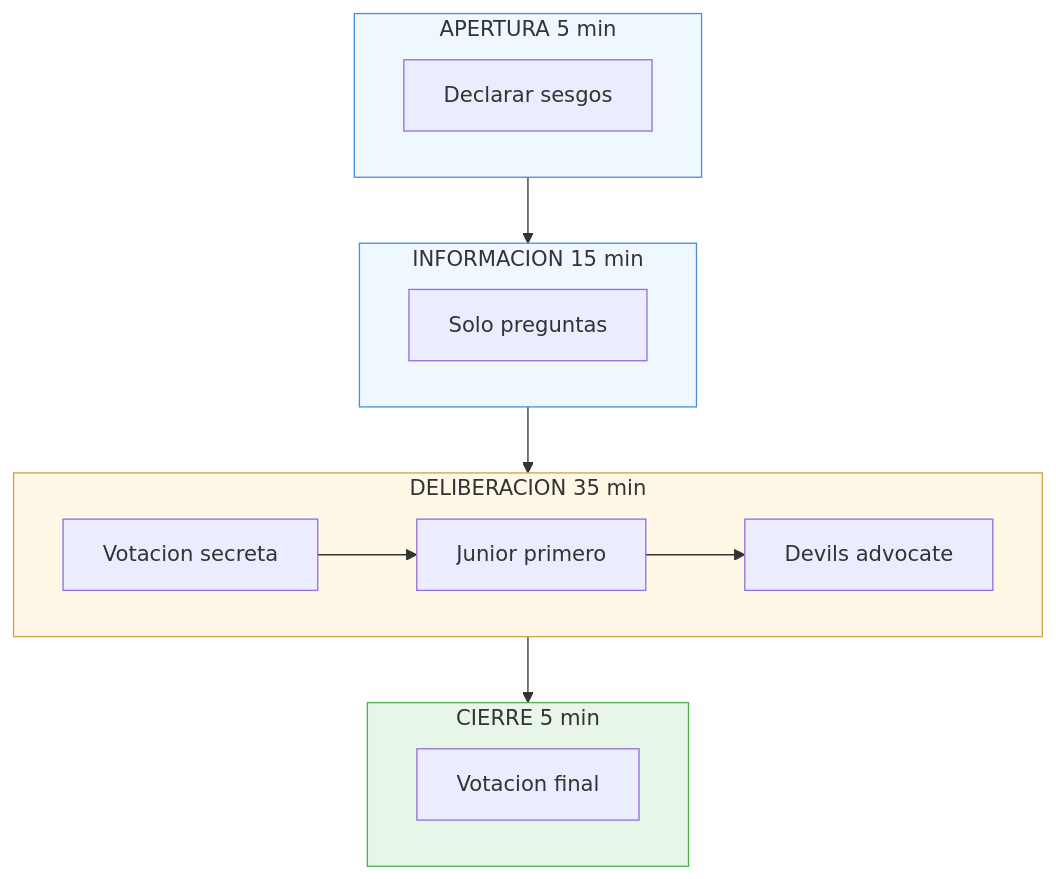
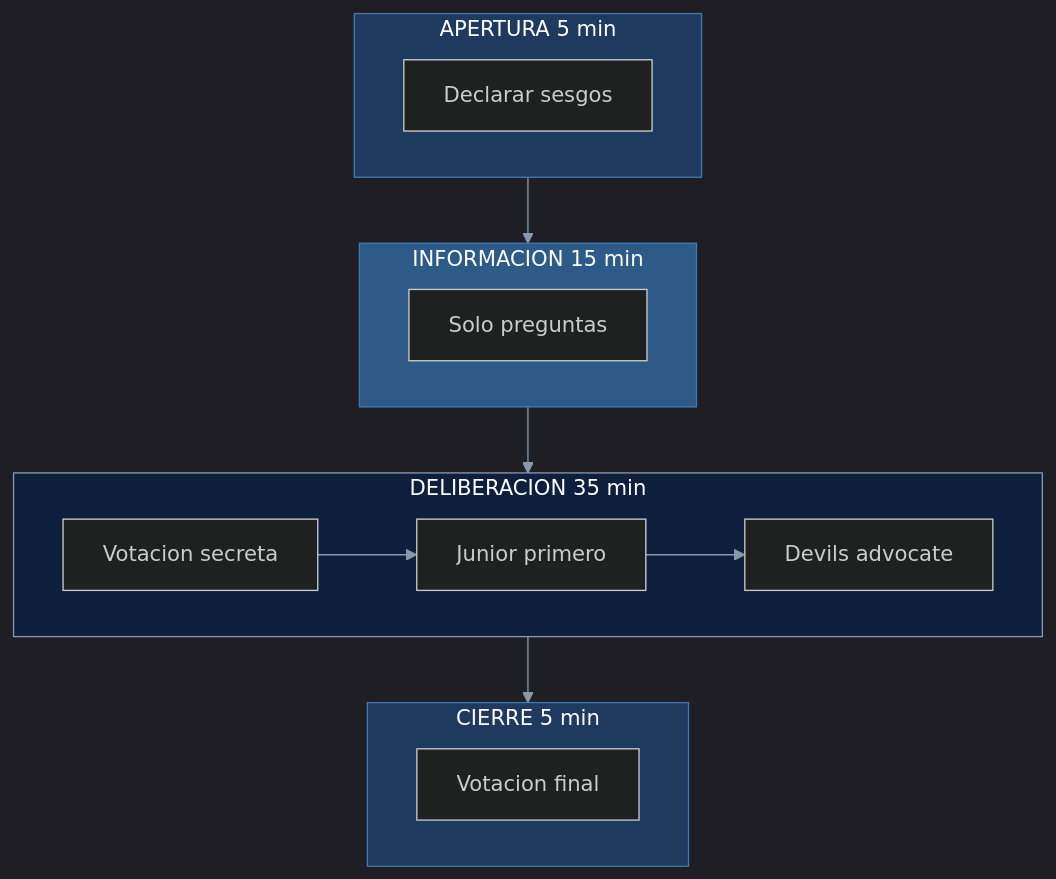
Before and after one commit to gonzalezulises/mas-control-mas-caos: the diagram in assets/diagrams/B10-sesion-gate.mermaid, drawn with Mermaid. The commit also changed 23 other files, not shown here.

First line of the commit message:
Update all diagrams: transparent backgrounds + cover palette

```diff
--- a/assets/diagrams/B10-sesion-gate.mermaid
+++ b/assets/diagrams/B10-sesion-gate.mermaid
@@ -1,27 +1,27 @@
-%%{init: {'flowchart': {'curve': 'basis'}}}%%
+%%{init: {'theme': 'dark', 'themeVariables': { 'primaryColor': '#1e3a5f', 'primaryTextColor': '#ffffff', 'primaryBorderColor': '#3d7ab7', 'lineColor': '#8899aa', 'secondaryColor': '#2d5a87', 'tertiaryColor': '#0d1f3c', 'background': 'transparent' }}}%%
 flowchart TB
     subgraph A["APERTURA 5 min"]
         A1[Declarar sesgos]
     end
 
     subgraph B["INFORMACION 15 min"]
         B1[Solo preguntas]
     end
 
     subgraph C["DELIBERACION 35 min"]
         C1[Votacion secreta]
         C2[Junior primero]
         C3[Devils advocate]
         C1 --> C2 --> C3
     end
 
     subgraph D["CIERRE 5 min"]
         D1[Votacion final]
     end
 
     A --> B --> C --> D
 
-    style A fill:#f0f8ff,stroke:#4a90d9
-    style B fill:#f0f8ff,stroke:#4a90d9
-    style C fill:#fff8e7,stroke:#d9a04a
-    style D fill:#e8f5e9,stroke:#4caf50
+    style A fill:#1e3a5f,stroke:#3d7ab7,color:#ffffff
+    style B fill:#2d5a87,stroke:#3d7ab7,color:#ffffff
+    style C fill:#0d1f3c,stroke:#8899aa,color:#ffffff
+    style D fill:#1e3a5f,stroke:#3d7ab7,color:#ffffff
```
